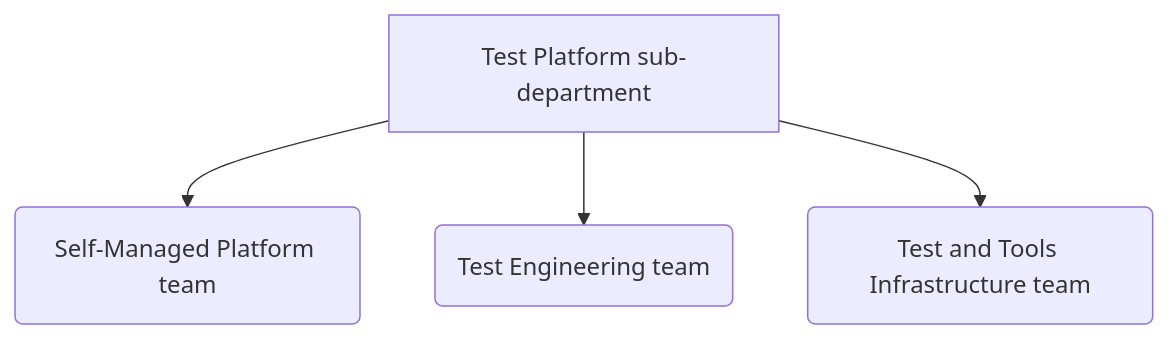
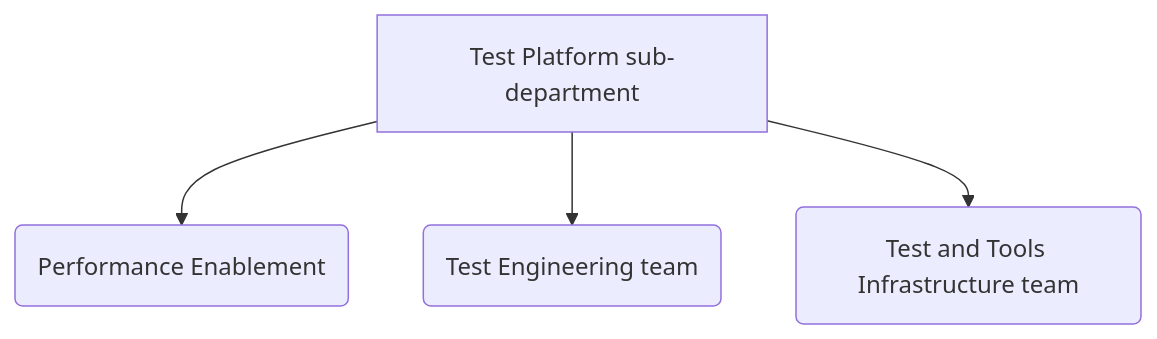
One commit to zalyoung/gitlab-handbook changed the diagram in content/handbook/engineering/infrastructure/test-platform/_index.md. Above: the diagram before and after it, drawn with Mermaid. The commit also changed other lines of this file and 8 other files, not shown here.

Commit message:
Moving performance enablement pages

````diff
--- a/content/handbook/engineering/infrastructure/test-platform/_index.md
+++ b/content/handbook/engineering/infrastructure/test-platform/_index.md
@@ -157,12 +157,12 @@
 ```mermaid
 graph TD
     A[Test Platform sub-department]
-    A --> B(Self-Managed Platform team)
+    A --> B(Performance Enablement)
     A --> C(Test Engineering team)
     A --> D(Test and Tools Infrastructure team)
 
     click A "/handbook/engineering/infrastructure/test-platform"
-    click B "/handbook/engineering/infrastructure/test-platform/self-managed-platform-team"
+    click B "/handbook/engineering/infrastructure-platforms/developer-experience/performance-enablement"
     click C "/handbook/engineering/infrastructure/test-platform/test-engineering-team"
     click D "/handbook/engineering/infrastructure/test-platform/test-and-tools-infrastructure-team"
 ```
````
